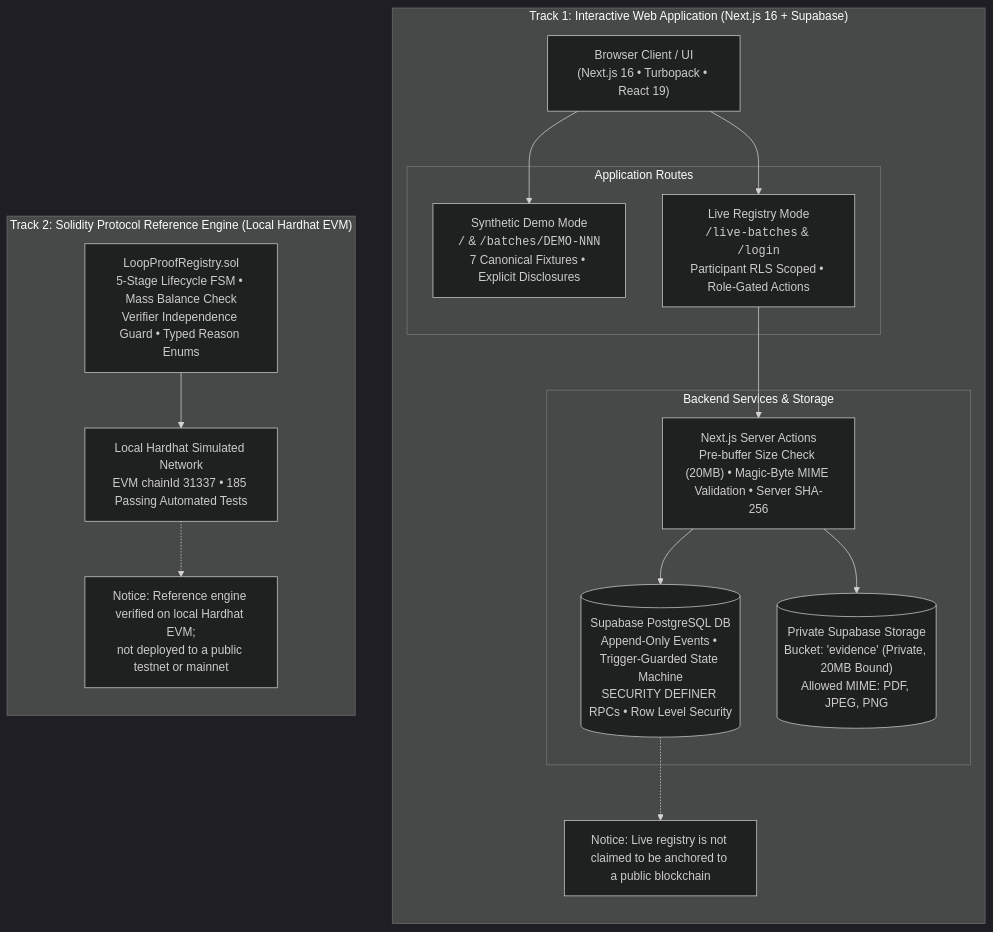
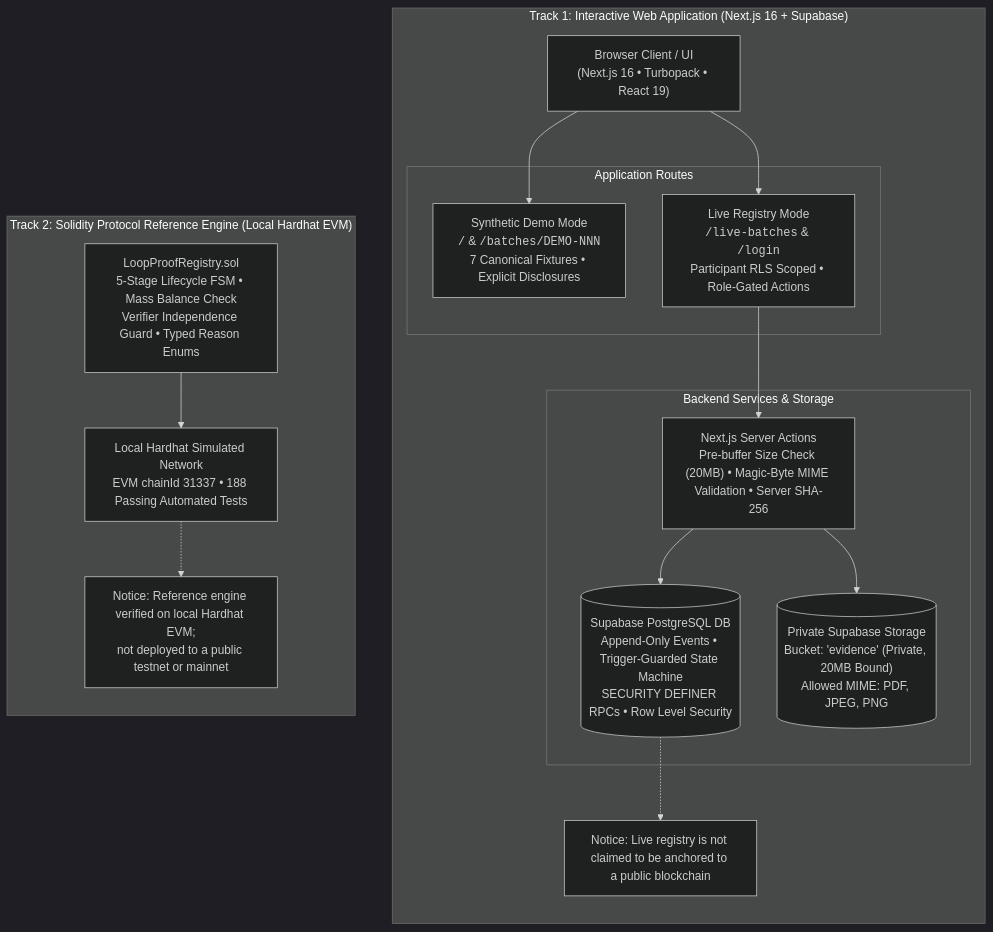
One commit to vishu2212/LoopProof changed the diagram in README.md. Above: the diagram before and after it, drawn with Mermaid (dark theme). The commit also changed other lines of this file and 7 other files, not shown here.

````diff
--- a/README.md
+++ b/README.md
@@ -70,39 +70,39 @@
 ```mermaid
 flowchart TD
     subgraph WebTrack["Track 1: Interactive Web Application (Next.js 16 + Supabase)"]
         direction TB
         Client["Browser Client / UI<br>(Next.js 16 • Turbopack • React 19)"]
 
         subgraph Routes["Application Routes"]
             DemoUI["Synthetic Demo Mode<br><code>/</code> & <code>/batches/DEMO-NNN</code><br>7 Canonical Fixtures • Explicit Disclosures"]
             LiveUI["Live Registry Mode<br><code>/live-batches</code> & <code>/login</code><br>Participant RLS Scoped • Role-Gated Actions"]
         end
 
         Client --> DemoUI
         Client --> LiveUI
 
         subgraph BackendServices["Backend Services & Storage"]
             ServerActions["Next.js Server Actions<br>Pre-buffer Size Check (20MB) • Magic-Byte MIME Validation • Server SHA-256"]
             SupabaseDB[("Supabase PostgreSQL DB<br>Append-Only Events • Trigger-Guarded State Machine<br>SECURITY DEFINER RPCs • Row Level Security")]
             SupabaseStorage[("Private Supabase Storage<br>Bucket: 'evidence' (Private, 20MB Bound)<br>Allowed MIME: PDF, JPEG, PNG")]
         end
 
         LiveUI --> ServerActions
         ServerActions --> SupabaseDB
         ServerActions --> SupabaseStorage
 
         note1["Notice: Live registry is not claimed to be anchored to a public blockchain"]
         SupabaseDB -.-> note1
     end
 
     subgraph EVMTrack["Track 2: Solidity Protocol Reference Engine (Local Hardhat EVM)"]
         direction TB
         SolRegistry["LoopProofRegistry.sol<br>5-Stage Lifecycle FSM • Mass Balance Check<br>Verifier Independence Guard • Typed Reason Enums"]
-        HardhatEVM["Local Hardhat Simulated Network<br>EVM chainId 31337 • 185 Passing Automated Tests"]
+        HardhatEVM["Local Hardhat Simulated Network<br>EVM chainId 31337 • 188 Passing Automated Tests"]
 
         SolRegistry --> HardhatEVM
 
         note2["Notice: Reference engine verified on local Hardhat EVM;<br>not deployed to a public testnet or mainnet"]
         HardhatEVM -.-> note2
     end
 ```
````
